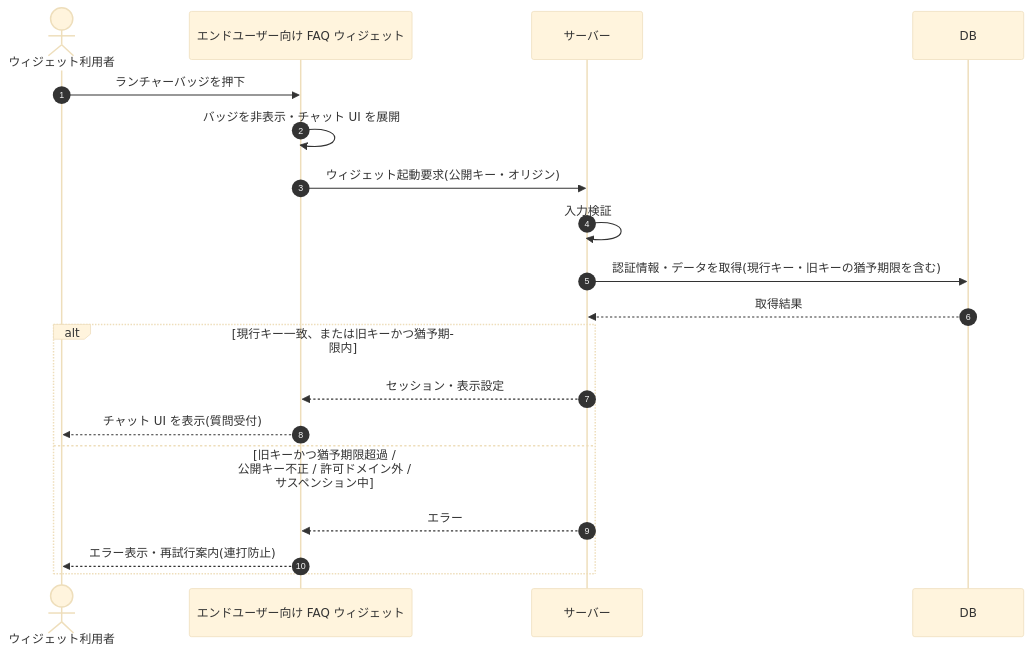
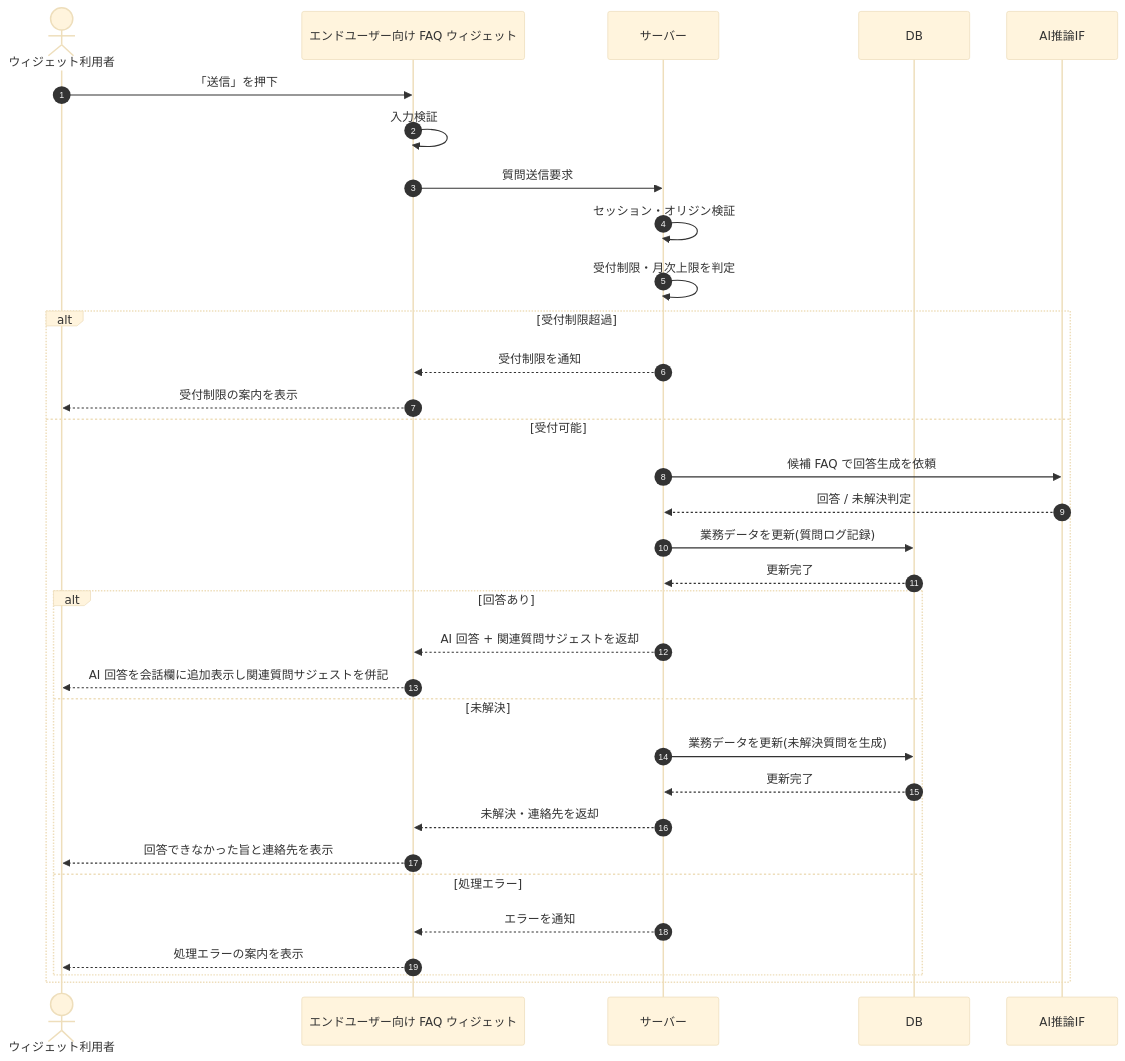
The diagram in 02_basic_design/03_sequences/SEQ-085.md (sikakou54/open-faq), drawn with Mermaid (base theme) before and after one commit. The commit also changed other lines of this file and 99 other files, not shown here.

````diff
--- a/02_basic_design/03_sequences/SEQ-085.md
+++ b/02_basic_design/03_sequences/SEQ-085.md
@@ -25,21 +25,35 @@
 ```mermaid
 sequenceDiagram
   autonumber
   actor U as ウィジェット利用者
   participant Screen as エンドユーザー向け FAQ ウィジェット
   participant Server as サーバー
   participant DB as DB
-  U->>Screen: ランチャーバッジを押下
-  Screen->>Screen: バッジを非表示・チャット UI を展開
-  Screen->>Server: ウィジェット起動要求(公開キー・オリジン)
-  Server->>Server: 入力検証
-  Server->>DB: 認証情報・データを取得(現行キー・旧キーの猶予期限を含む)
-  DB-->>Server: 取得結果
-  alt 現行キー一致、または旧キーかつ猶予期限内
-    Server-->>Screen: セッション・表示設定
-    Screen-->>U: チャット UI を表示(質問受付)
-  else 旧キーかつ猶予期限超過 / 公開キー不正 / 許可ドメイン外 / サスペンション中
-    Server-->>Screen: エラー
-    Screen-->>U: エラー表示・再試行案内(連打防止)
+  participant AI as AI推論IF
+  U->>Screen: 「送信」を押下
+  Screen->>Screen: 入力検証
+  Screen->>Server: 質問送信要求
+  Server->>Server: セッション・オリジン検証
+  Server->>Server: 受付制限・月次上限を判定
+  alt 受付制限超過
+    Server-->>Screen: 受付制限を通知
+    Screen-->>U: 受付制限の案内を表示
+  else 受付可能
+    Server->>AI: 候補 FAQ で回答生成を依頼
+    AI-->>Server: 回答 / 未解決判定
+    Server->>DB: 業務データを更新(質問ログ記録)
+    DB-->>Server: 更新完了
+    alt 回答あり
+      Server-->>Screen: AI 回答 + 関連質問サジェストを返却
+      Screen-->>U: AI 回答を会話欄に追加表示し関連質問サジェストを併記
+    else 未解決
+      Server->>DB: 業務データを更新(未解決質問を生成)
+      DB-->>Server: 更新完了
+      Server-->>Screen: 未解決・連絡先を返却
+      Screen-->>U: 回答できなかった旨と連絡先を表示
+    else 処理エラー
+      Server-->>Screen: エラーを通知
+      Screen-->>U: 処理エラーの案内を表示
+    end
   end
 ```
````
